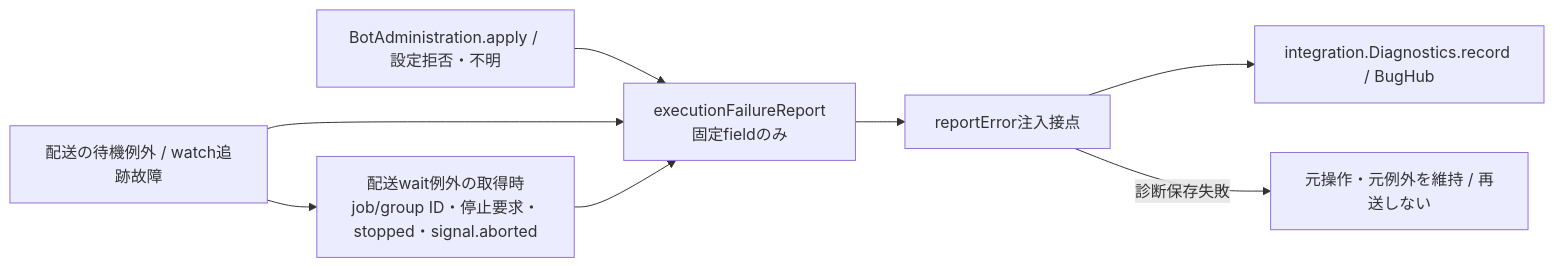
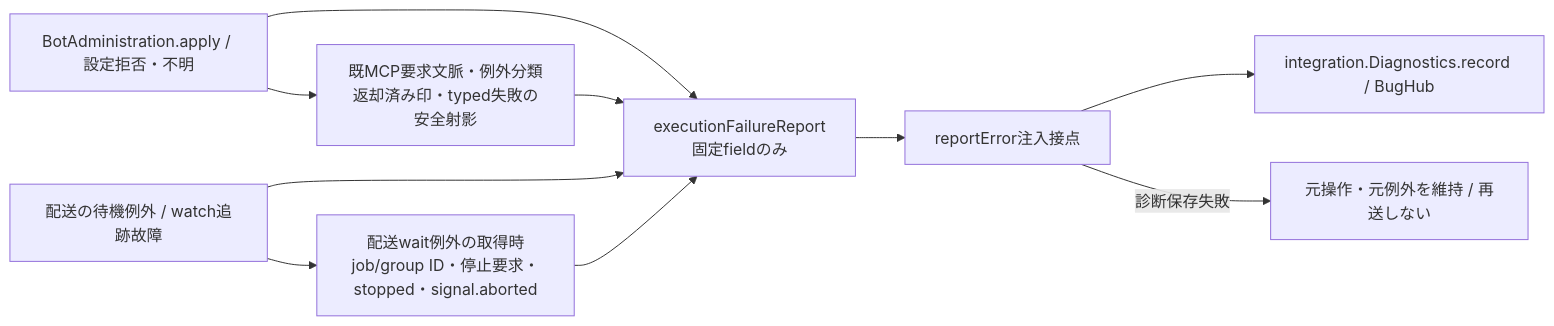
Before and after one commit to kitepon/BellTeam: the third of 4 diagrams in docs/architecture/modules/execution/wait-contract.md, drawn with Mermaid. The commit also changed other lines of this file and 2 other files, not shown here.

Commit message:
Preserve safe provenance for configuration failures

````diff
--- a/docs/architecture/modules/execution/wait-contract.md
+++ b/docs/architecture/modules/execution/wait-contract.md
@@ -61,10 +61,12 @@
 ```mermaid
 flowchart LR
   Configure["BotAdministration.apply / 設定拒否・不明"] --> Report["executionFailureReport<br/>固定fieldのみ"]
+  Configure --> Provenance["既MCP要求文脈・例外分類<br/>返却済み印・typed失敗の安全射影"]
+  Provenance --> Report
   Tracking["配送の待機例外 / watch追跡故障"] --> Report
   Tracking --> Snapshot["配送wait例外の取得時<br/>job/group ID・停止要求・stopped・signal.aborted"]
   Snapshot --> Report
   Report --> Hook["reportError注入接点"]
   Hook --> Diagnostics["integration.Diagnostics.record / BugHub"]
   Hook -->|"診断保存失敗"| Preserve["元操作・元例外を維持 / 再送しない"]
 ```
````
